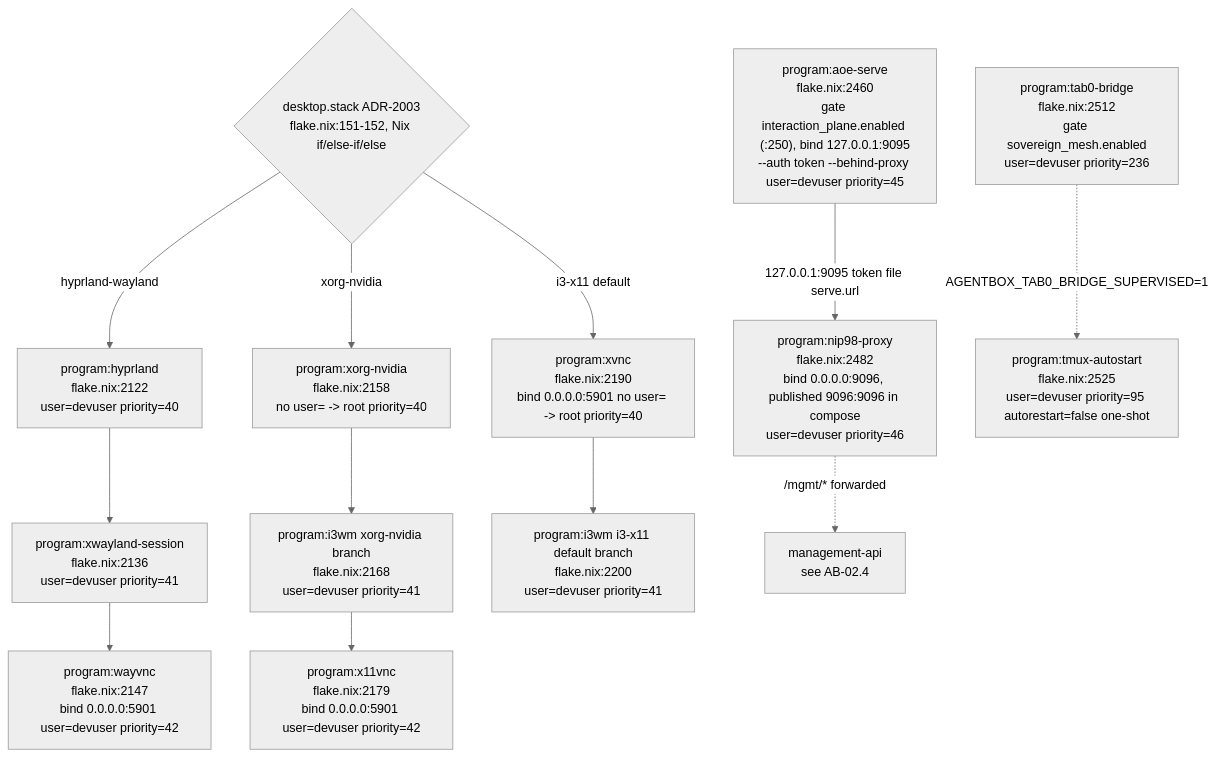
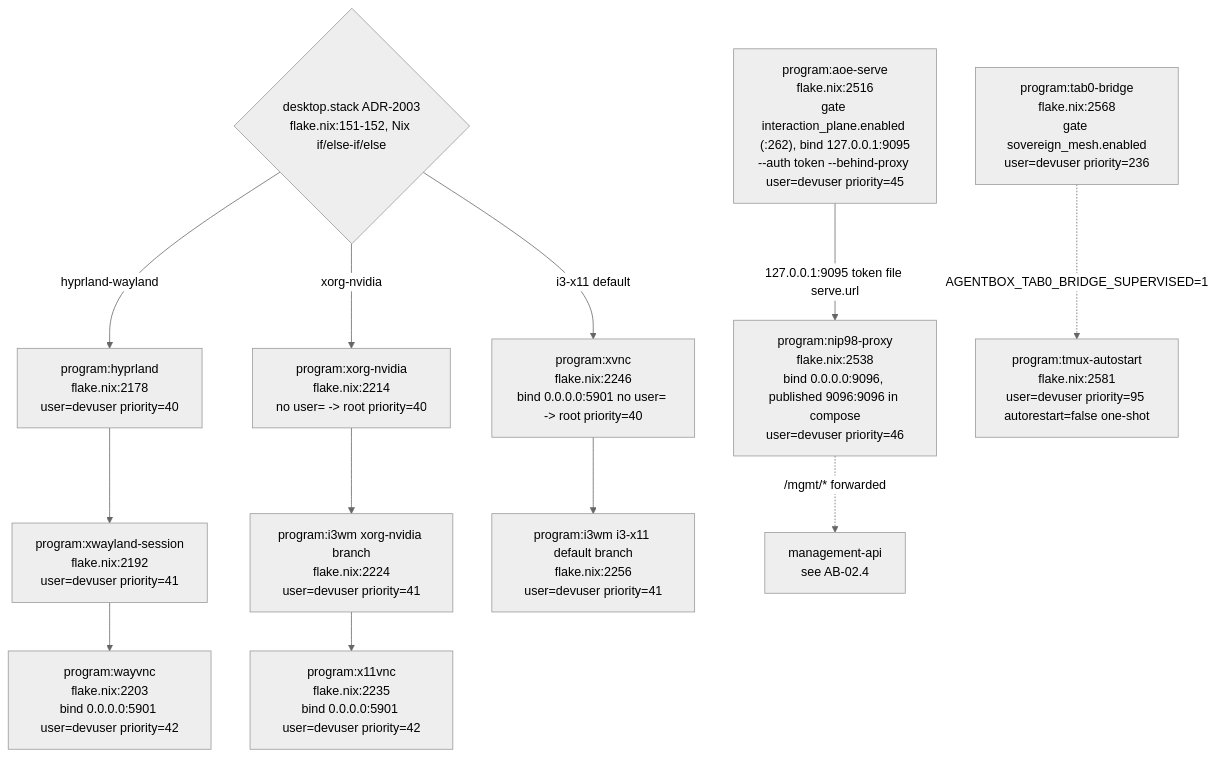
The sixth of 20 diagrams in docs/diagrams/agentbox/02-boot-sequence-and-readiness.md (DreamLab-AI/VisionFlow), drawn with Mermaid (neutral theme) before and after one commit. The commit also changed other lines of this file and 94 other files, not shown here.

First line of the commit message:
docs(diagrams): re-verify 130 topics against 2 October HEADs

````diff
--- a/docs/diagrams/agentbox/02-boot-sequence-and-readiness.md
+++ b/docs/diagrams/agentbox/02-boot-sequence-and-readiness.md
@@ -243,23 +250,23 @@
 ```mermaid
 flowchart TB
     GATESTACK{"desktop.stack ADR-2003<br/>flake.nix:151-152, Nix if/else-if/else"}
-    HYPR["program:hyprland<br/>flake.nix:2122<br/>user=devuser priority=40"]
-    XWAY["program:xwayland-session<br/>flake.nix:2136<br/>user=devuser priority=41"]
-    WAYVNC["program:wayvnc<br/>flake.nix:2147<br/>bind 0.0.0.0:5901 user=devuser priority=42"]
-    XORG["program:xorg-nvidia<br/>flake.nix:2158<br/>no user= -&gt; root priority=40"]
-    I3A["program:i3wm xorg-nvidia branch<br/>flake.nix:2168<br/>user=devuser priority=41"]
-    X11VNC["program:x11vnc<br/>flake.nix:2179<br/>bind 0.0.0.0:5901 user=devuser priority=42"]
-    XVNC["program:xvnc<br/>flake.nix:2190<br/>bind 0.0.0.0:5901 no user= -&gt; root priority=40"]
-    I3B["program:i3wm i3-x11 default branch<br/>flake.nix:2200<br/>user=devuser priority=41"]
-    AOE["program:aoe-serve<br/>flake.nix:2460<br/>gate interaction_plane.enabled (:250), bind 127.0.0.1:9095<br/>--auth token --behind-proxy user=devuser priority=45"]
-    NIP98["program:nip98-proxy<br/>flake.nix:2482<br/>bind 0.0.0.0:9096, published 9096:9096 in compose<br/>user=devuser priority=46"]
-    TAB0["program:tab0-bridge<br/>flake.nix:2512<br/>gate sovereign_mesh.enabled<br/>user=devuser priority=236"]
-    TMUX["program:tmux-autostart<br/>flake.nix:2525<br/>user=devuser priority=95 autorestart=false one-shot"]
+    HYPR["program:hyprland<br/>flake.nix:2178<br/>user=devuser priority=40"]
+    XWAY["program:xwayland-session<br/>flake.nix:2192<br/>user=devuser priority=41"]
+    WAYVNC["program:wayvnc<br/>flake.nix:2203<br/>bind 0.0.0.0:5901 user=devuser priority=42"]
+    XORG["program:xorg-nvidia<br/>flake.nix:2214<br/>no user= -&gt; root priority=40"]
+    I3A["program:i3wm xorg-nvidia branch<br/>flake.nix:2224<br/>user=devuser priority=41"]
+    X11VNC["program:x11vnc<br/>flake.nix:2235<br/>bind 0.0.0.0:5901 user=devuser priority=42"]
+    XVNC["program:xvnc<br/>flake.nix:2246<br/>bind 0.0.0.0:5901 no user= -&gt; root priority=40"]
+    I3B["program:i3wm i3-x11 default branch<br/>flake.nix:2256<br/>user=devuser priority=41"]
+    AOE["program:aoe-serve<br/>flake.nix:2516<br/>gate interaction_plane.enabled (:262), bind 127.0.0.1:9095<br/>--auth token --behind-proxy user=devuser priority=45"]
+    NIP98["program:nip98-proxy<br/>flake.nix:2538<br/>bind 0.0.0.0:9096, published 9096:9096 in compose<br/>user=devuser priority=46"]
+    TAB0["program:tab0-bridge<br/>flake.nix:2568<br/>gate sovereign_mesh.enabled<br/>user=devuser priority=236"]
+    TMUX["program:tmux-autostart<br/>flake.nix:2581<br/>user=devuser priority=95 autorestart=false one-shot"]
 
     GATESTACK -->|"hyprland-wayland"| HYPR --> XWAY --> WAYVNC
     GATESTACK -->|"xorg-nvidia"| XORG --> I3A --> X11VNC
     GATESTACK -->|"i3-x11 default"| XVNC --> I3B
     AOE -->|"127.0.0.1:9095 token file serve.url"| NIP98
     NIP98 -.->|"/mgmt/* forwarded"| MGMTREF["management-api<br/>see AB-02.4"]
     TAB0 -.->|"AGENTBOX_TAB0_BRIDGE_SUPERVISED=1"| TMUX
 ```
````
